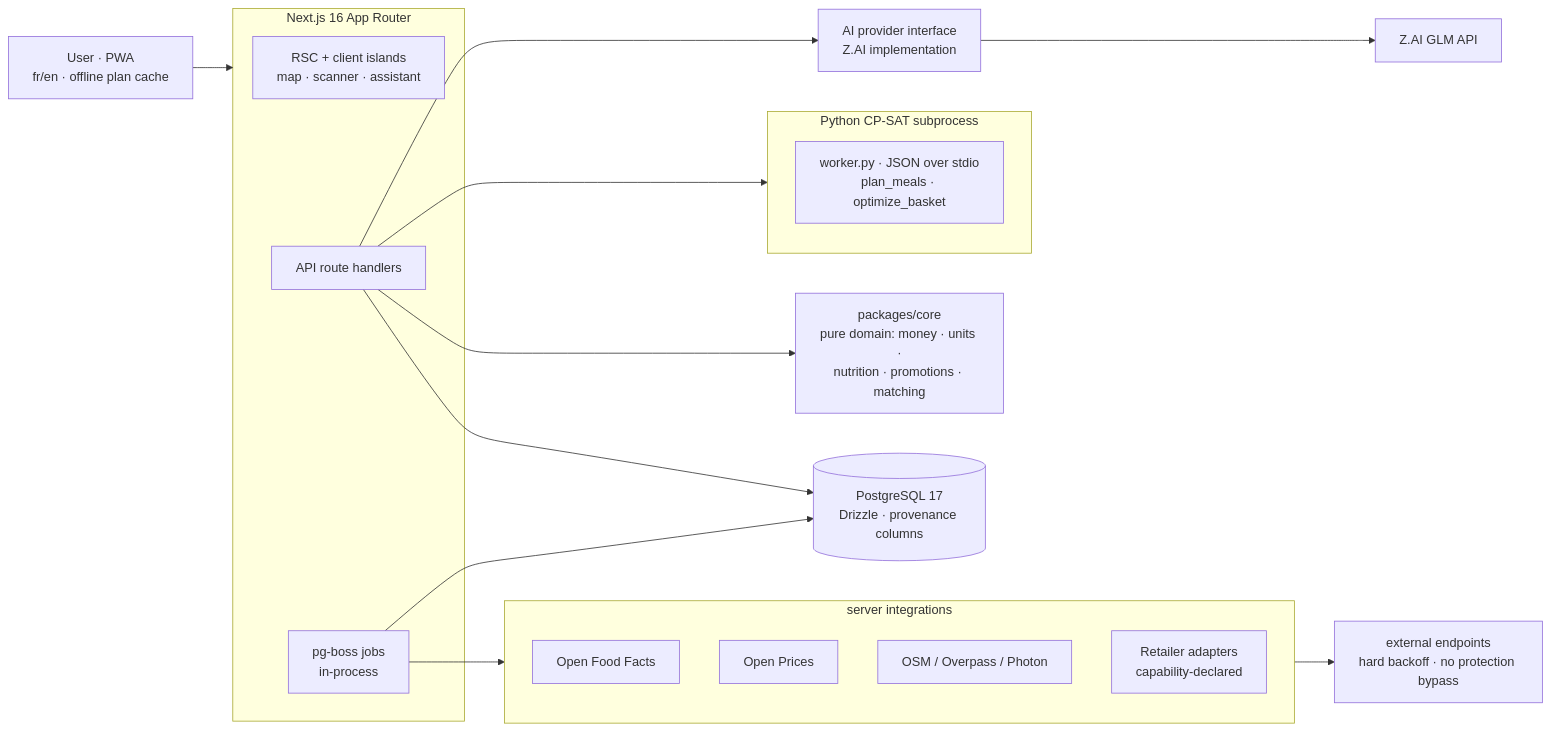
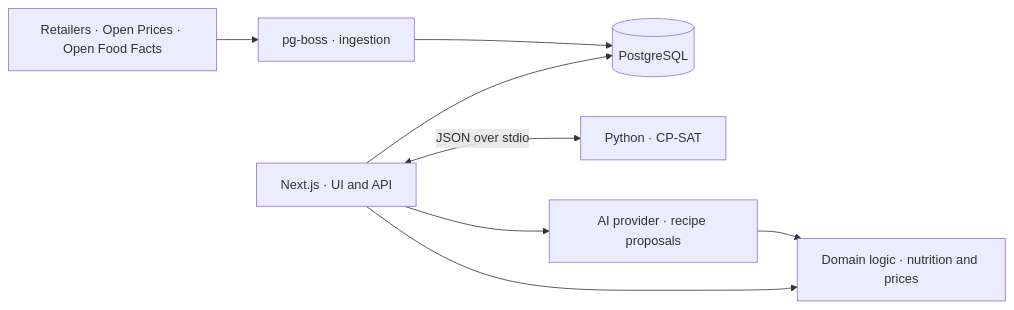
Before and after one commit to Gjusev/maqrivo: the diagram in README.md, drawn with Mermaid. The commit also changed other lines of this file and 3 other files, not shown here.

````diff
--- a/README.md
+++ b/README.md
@@ -53,32 +53,10 @@
 ```mermaid
 flowchart LR
-    U[User · PWA<br/>fr/en · offline plan cache] --> APP
-
-    subgraph APP[Next.js 16 App Router]
-        UI[RSC + client islands<br/>map · scanner · assistant]
-        API[API route handlers]
-        JOBS[pg-boss jobs<br/>in-process]
-    end
-
-    API --> CORE[packages/core<br/>pure domain: money · units ·<br/>nutrition · promotions · matching]
-    API --> DB[(PostgreSQL 17<br/>Drizzle · provenance columns)]
-    JOBS --> DB
-
-    API --> SOLVER
-    subgraph SOLVER[Python CP-SAT subprocess]
-        W[worker.py · JSON over stdio<br/>plan_meals · optimize_basket]
-    end
-
-    JOBS --> ING
-    subgraph ING[server integrations]
-        OFF[Open Food Facts]
-        OP[Open Prices]
-        OSM[OSM / Overpass / Photon]
-        RET[Retailer adapters<br/>capability-declared]
-    end
-
-    API --> AI[AI provider interface<br/>Z.AI implementation]
-    AI --> ZAI[Z.AI GLM API]
-
-    ING --> WORLD[external endpoints<br/>hard backoff · no protection bypass]
+    UI["Next.js · UI and API"] --> CORE["Domain logic · nutrition and prices"]
+    UI --> DB[(PostgreSQL)]
+    UI <-->|"JSON over stdio"| SOLVER["Python · CP-SAT"]
+    JOBS["pg-boss · ingestion"] --> DB
+    SOURCES["Retailers · Open Prices · Open Food Facts"] --> JOBS
+    UI --> AI["AI provider · recipe proposals"]
+    AI --> CORE
 ```
````
